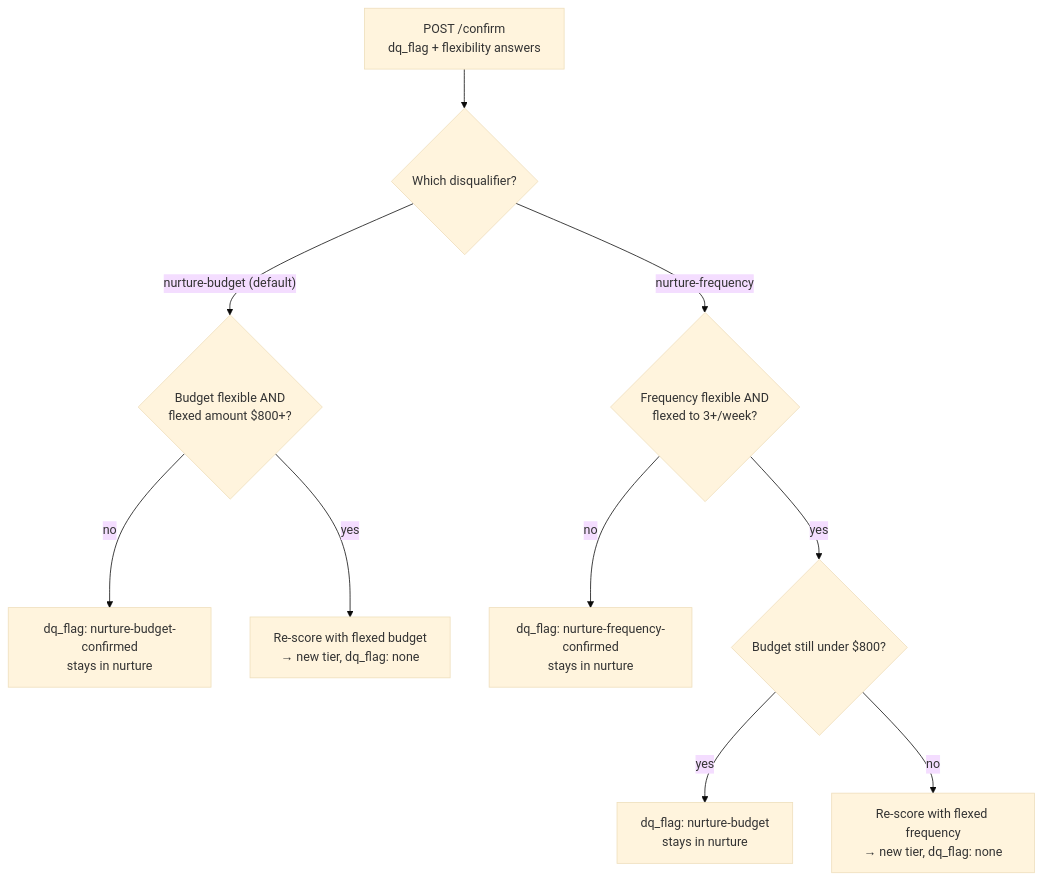
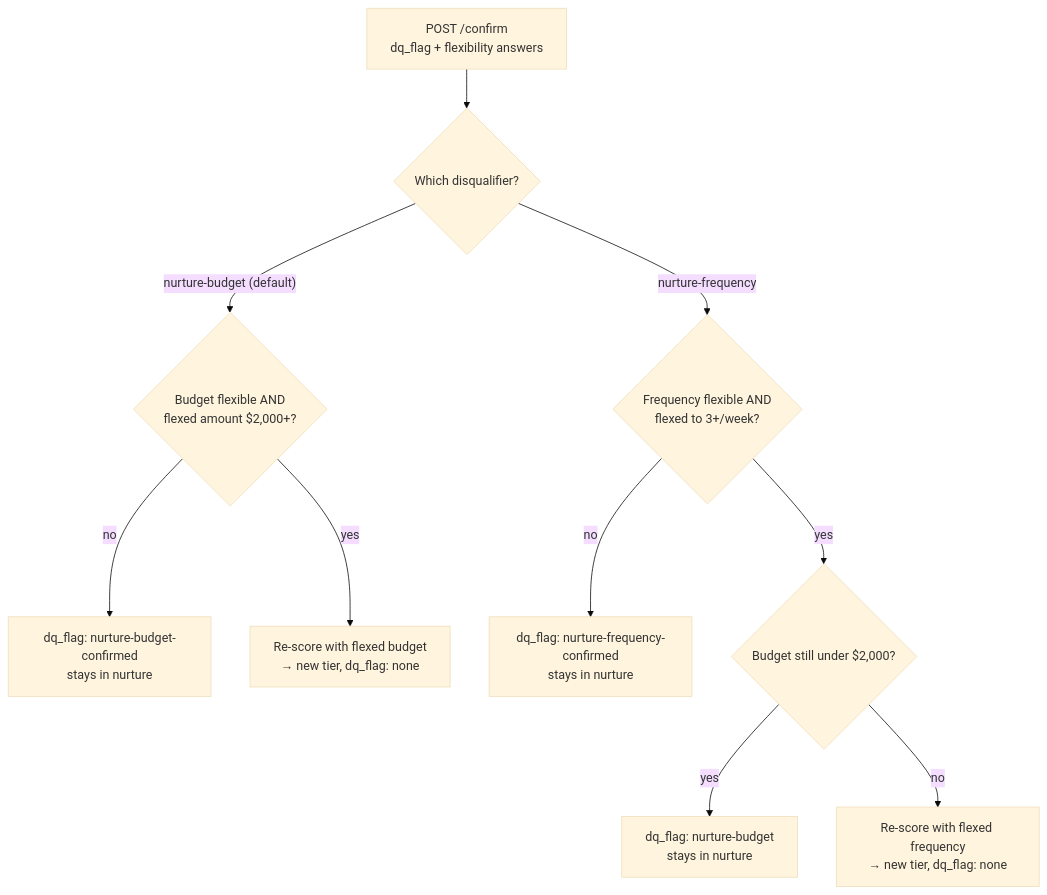
The seventh of 11 diagrams in docs/WORKER.md (VantagePointFacilityServices/vpfs-website), drawn with Mermaid (base theme) before and after one commit. The commit also changed other lines of this file and 8 other files, not shown here.

````diff
--- a/docs/WORKER.md
+++ b/docs/WORKER.md
@@ -367,14 +387,14 @@
 ```mermaid
 flowchart TD
     IN["POST /confirm<br/>dq_flag + flexibility answers"] --> WHICH{"Which disqualifier?"}
 
-    WHICH -- "nurture-budget (default)" --> B1{"Budget flexible AND<br/>flexed amount $800+?"}
+    WHICH -- "nurture-budget (default)" --> B1{"Budget flexible AND<br/>flexed amount $2,000+?"}
     B1 -- no --> BN["dq_flag: nurture-budget-confirmed<br/>stays in nurture"]
     B1 -- yes --> BR["Re-score with flexed budget<br/>→ new tier, dq_flag: none"]
 
     WHICH -- nurture-frequency --> F1{"Frequency flexible AND<br/>flexed to 3+/week?"}
     F1 -- no --> FN["dq_flag: nurture-frequency-confirmed<br/>stays in nurture"]
-    F1 -- yes --> F2{"Budget still under $800?"}
+    F1 -- yes --> F2{"Budget still under $2,000?"}
     F2 -- yes --> FB["dq_flag: nurture-budget<br/>stays in nurture"]
     F2 -- no --> FR["Re-score with flexed frequency<br/>→ new tier, dq_flag: none"]
 ```
````
